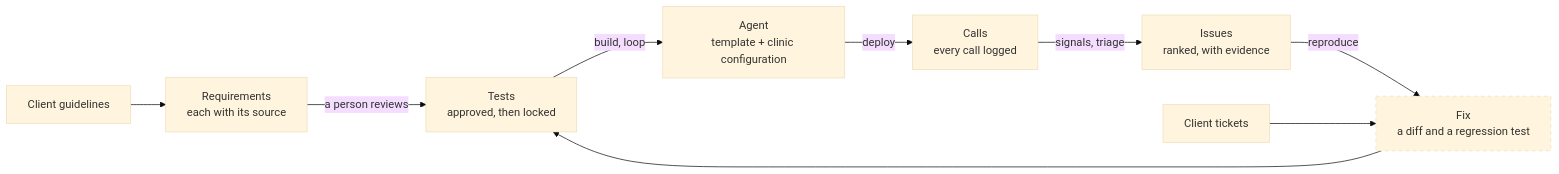
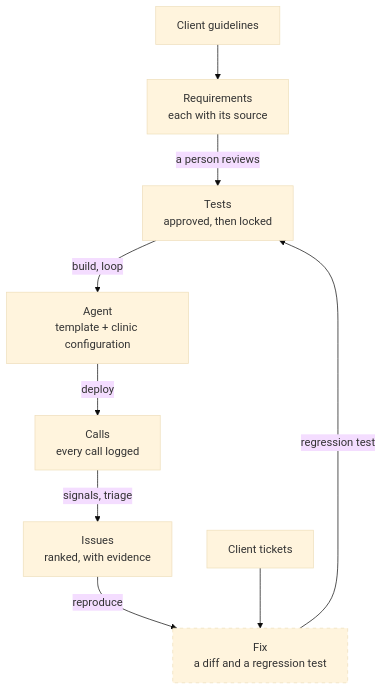
One commit to feliuserra/prosper-challenge-agent-copilot changed the second of 2 diagrams in README.md. Above: the diagram before and after it, drawn with Mermaid (base theme).

Commit message:
README: draw the loop top to bottom so it reads at page width

````diff
--- a/README.md
+++ b/README.md
@@ -81,14 +81,14 @@
 ```mermaid
-flowchart LR
+flowchart TD
     guidelines["Client guidelines"] --> requirements["Requirements<br/>each with its source"]
     requirements -- "a person reviews" --> tests["Tests<br/>approved, then locked"]
     tests -- "build, loop" --> agent["Agent<br/>template + clinic configuration"]
     agent -- "deploy" --> calls["Calls<br/>every call logged"]
     calls -- "signals, triage" --> issues["Issues<br/>ranked, with evidence"]
     issues -- "reproduce" --> fix["Fix<br/>a diff and a regression test"]
     tickets["Client tickets"] --> fix
-    fix --> tests
+    fix -- "regression test" --> tests
 
     classDef designed stroke-dasharray:5 5
     class fix designed
 ```
````
